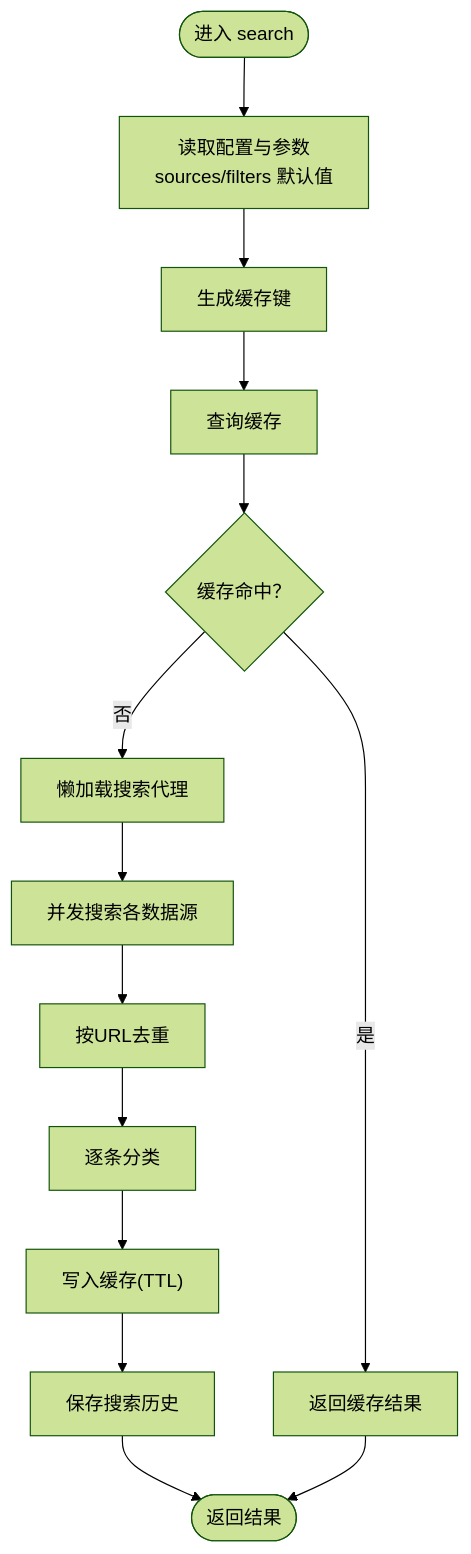
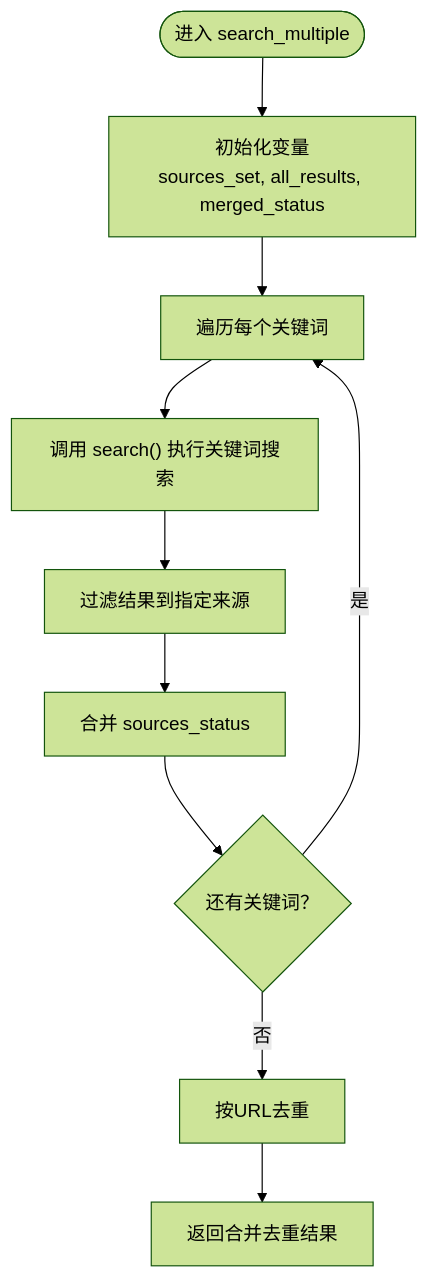
The third of 8 diagrams in .qoder/repowiki/zh/content/后端开发指南/服务层架构/搜索服务.md (wangdy21/search_is_all_you_need), drawn with Mermaid (forest theme) before and after one commit. The commit also changed other lines of this file and 11 other files, not shown here.

````diff
--- a/.qoder/repowiki/zh/content/后端开发指南/服务层架构/搜索服务.md
+++ b/.qoder/repowiki/zh/content/后端开发指南/服务层架构/搜索服务.md
@@ -158,16 +195,12 @@
 ```mermaid
 flowchart TD
-Start(["进入 search"]) --> Params["读取配置与参数<br/>sources/filters 默认值"]
-Params --> MakeKey["生成缓存键"]
-MakeKey --> CheckCache["查询缓存"]
-CheckCache --> Hit{"缓存命中？"}
-Hit --> |是| ReturnCache["返回缓存结果"]
-Hit --> |否| GetAgent["懒加载搜索代理"]
-GetAgent --> AgentSearch["并发搜索各数据源"]
-AgentSearch --> Dedup["按URL去重"]
-Dedup --> Classify["逐条分类"]
-Classify --> SaveCache["写入缓存(TTL)"]
-SaveCache --> SaveHistory["保存搜索历史"]
-SaveHistory --> Done(["返回结果"])
-ReturnCache --> Done
+Start(["进入 search_multiple"]) --> Init["初始化变量<br/>sources_set, all_results, merged_status"]
+Init --> Loop["遍历每个关键词"]
+Loop --> CallSearch["调用 search() 执行关键词搜索"]
+CallSearch --> FilterSources["过滤结果到指定来源"]
+FilterSources --> MergeStatus["合并 sources_status"]
+MergeStatus --> Next{"还有关键词？"}
+Next --> |是| Loop
+Next --> |否| Dedup["按URL去重"]
+Dedup --> Return["返回合并去重结果"]
 ```
````
